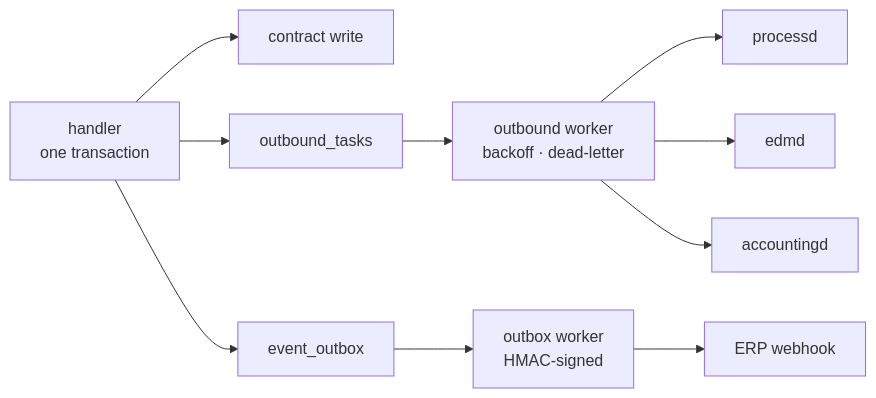
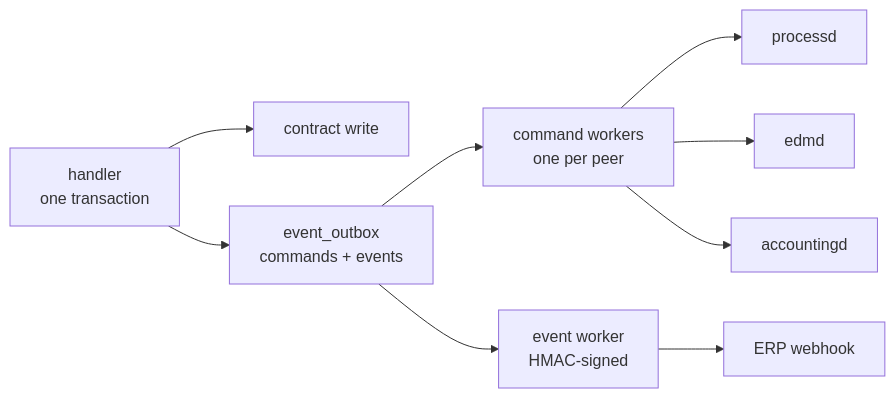
One commit to hupe1980/mako changed the first of 2 diagrams in site/content/docs/services/vertragd.md. Above: the diagram before and after it, drawn with Mermaid. The commit also changed other lines of this file and 443 other files, not shown here.

````diff
--- a/site/content/docs/services/vertragd.md
+++ b/site/content/docs/services/vertragd.md
@@ -68,12 +68,11 @@
 ```mermaid
 flowchart LR
     H["handler<br/>one transaction"] --> W1["contract write"]
-    H --> W2["outbound_tasks"]
-    H --> W3["event_outbox"]
-    W2 --> OW["outbound worker<br/>backoff · dead-letter"]
-    W3 --> XW["outbox worker<br/>HMAC-signed"]
+    H --> W2["event_outbox<br/>commands + events"]
+    W2 --> OW["command workers<br/>one per peer"]
+    W2 --> XW["event worker<br/>HMAC-signed"]
     OW --> P["processd"]
     OW --> E["edmd"]
     OW --> A["accountingd"]
     XW --> ERP["ERP webhook"]
 ```
````
